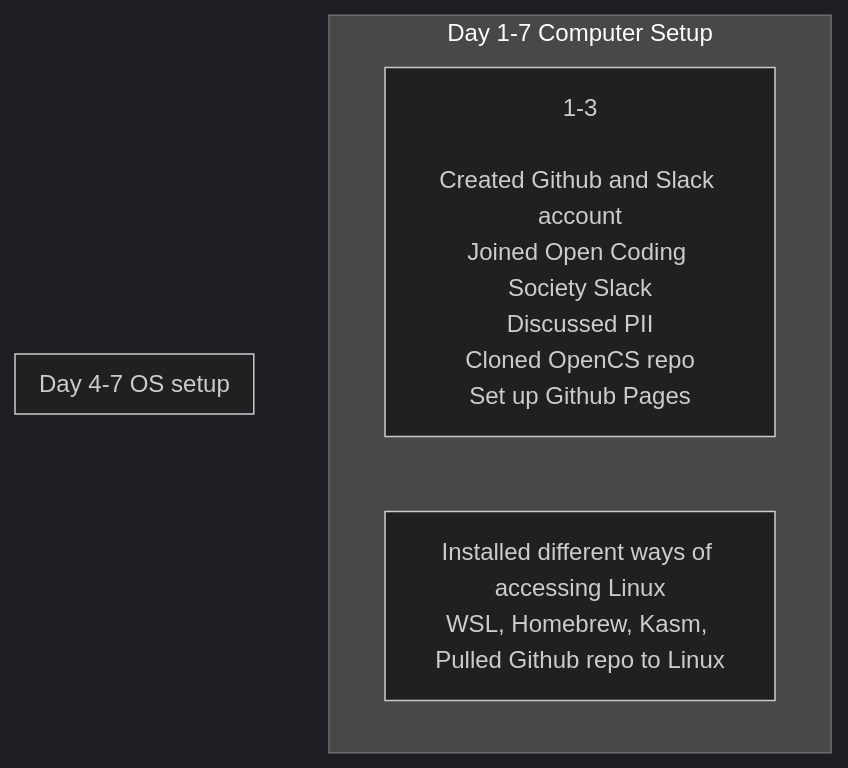
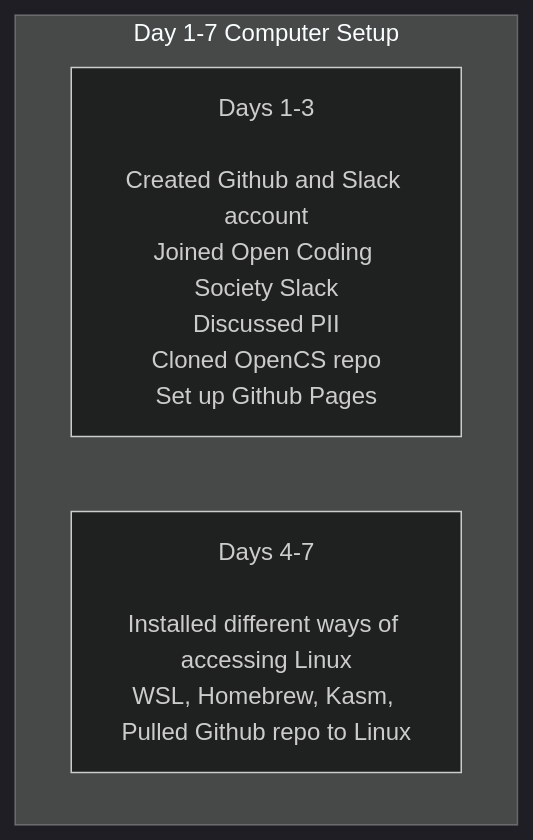
The second of 2 diagrams in _posts/Foundation/B-tools_and_equipment/2025-11-21-tools_quest.md (rsharma5128/student), drawn with Mermaid (dark theme) before and after one commit.

Commit message:
added day title

````diff
--- a/_posts/Foundation/B-tools_and_equipment/2025-11-21-tools_quest.md
+++ b/_posts/Foundation/B-tools_and_equipment/2025-11-21-tools_quest.md
@@ -59,9 +59,7 @@
 ```mermaid
 flowchart TD
     subgraph Day_1[Day 1-7 Computer Setup]
-        A[1-3<br/><br/>Created Github and Slack account<br/>Joined Open Coding Society Slack<br/>Discussed PII<br/>Cloned OpenCS repo<br/>Set up Github Pages]:::dayuno
-        B[Installed different ways of accessing Linux<br/>WSL, Homebrew, Kasm, <br/>Pulled Github repo to Linux]:::daydos
+        A[Days 1-3<br/><br/>Created Github and Slack account<br/>Joined Open Coding Society Slack<br/>Discussed PII<br/>Cloned OpenCS repo<br/>Set up Github Pages]:::dayuno
+        B[Days 4-7<br/><br/>Installed different ways of accessing Linux<br/>WSL, Homebrew, Kasm, <br/>Pulled Github repo to Linux]:::daydos
 end 
-    subgraph Day_2[Day 4-7 OS setup]
-end
 ```
````
